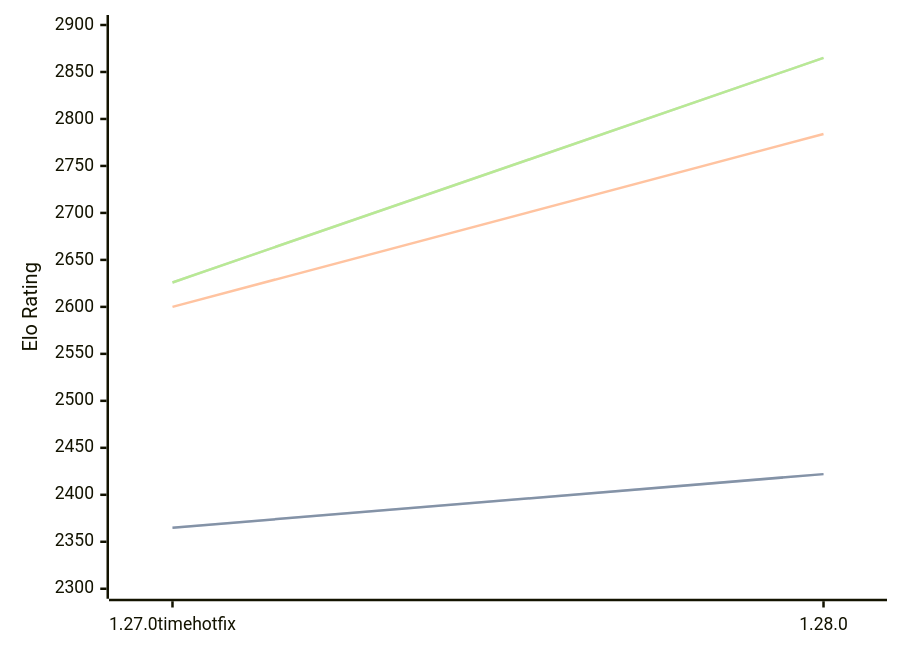
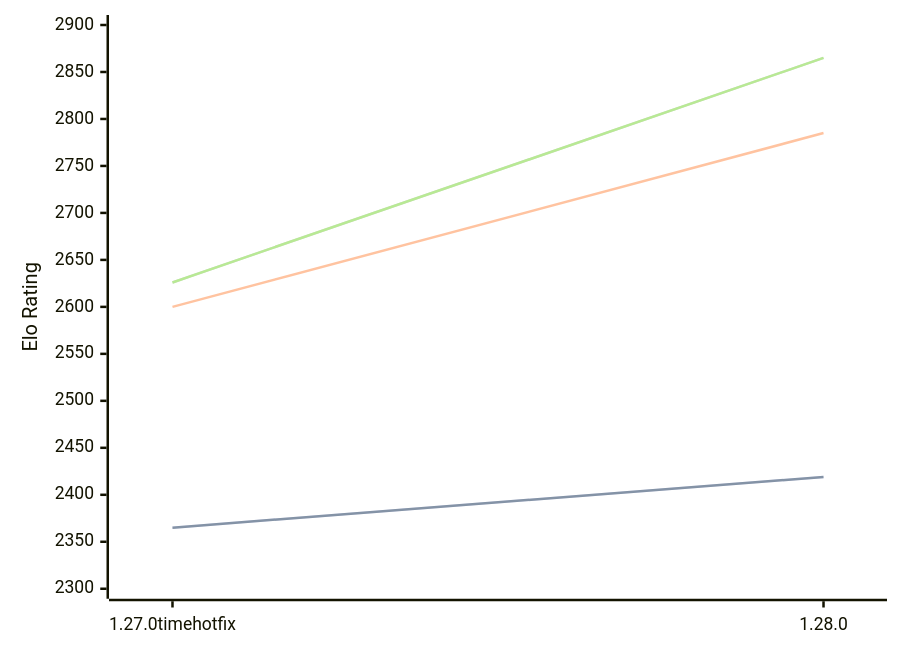
Before and after one commit to computer-chess-index/cci: the diagram in engines/Aurora.md, drawn with Mermaid. The commit also changed other lines of this file, not shown here.

````diff
--- a/engines/Aurora.md
+++ b/engines/Aurora.md
@@ -33,11 +33,11 @@
 ```mermaid
 %%{init: {"theme":"base","themeVariables":{"seriesColors:['#a3a3a3','#222221','#faa371']}}}%%
 xychart-beta
   x-axis ["1.27.0timehotfix", "1.28.0"]
   y-axis "Elo Rating" 2300 --> 2900
-  line "" [2365, 2422]
-  line "STC (8.0+0.08s)" [2365, 2422]
-  line "LTC (60.0+0.60s)" [2600, 2784]
+  line "" [2365, 2419]
+  line "STC (8.0+0.08s)" [2365, 2419]
+  line "LTC (60.0+0.60s)" [2600, 2785]
   line "" [2626, 2865]
   line "VLTC (2m24s+1.12s)" [2626, 2865]
 ```
````
